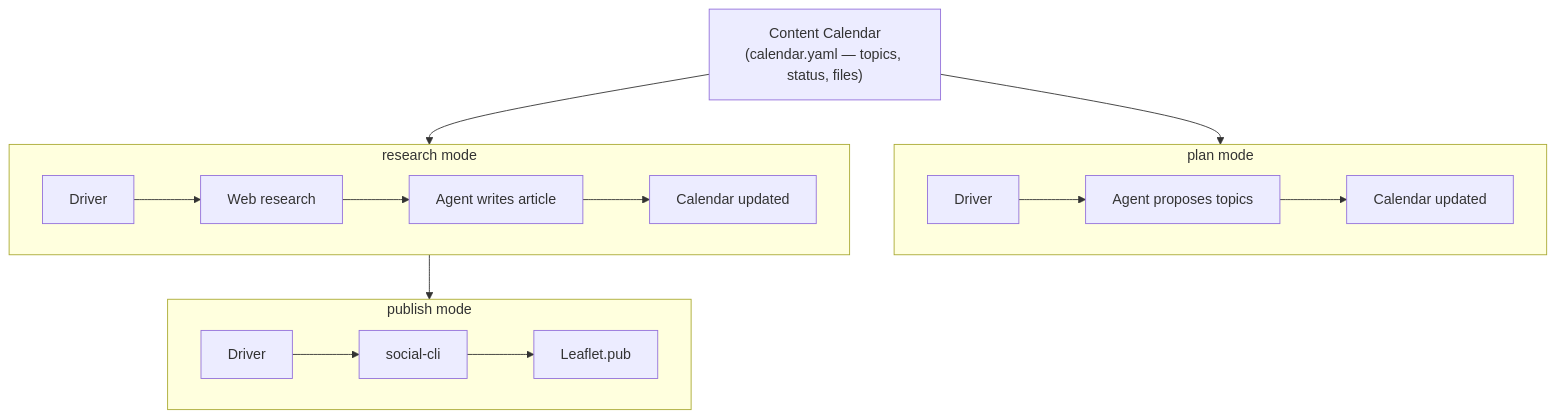
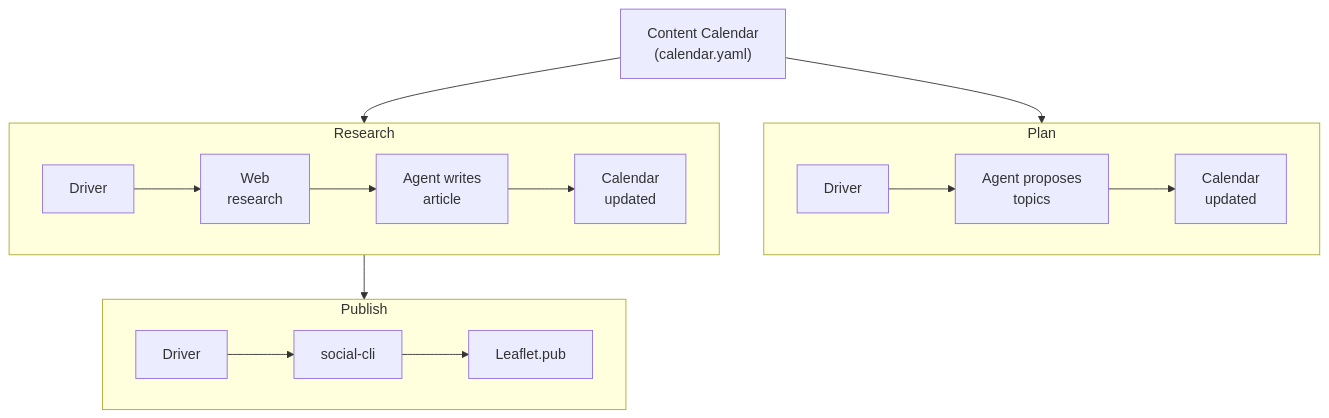
One commit to greedychipmunk/algodojo-xyz changed the diagram in src/content/tutorials/letta-leaflet-blog-manager.mdx. Above: the diagram before and after it, drawn with Mermaid.

Commit message:
fix(tutorials): improve architecture diagram legibility in blog manager
Remove direction LR from subgraphs so nodes flow top-down (the
default). The horizontal layout was producing a very wide diagram
that got scaled down, making the text too small to read. Also
shorten node labels and use line breaks to keep nodes compact.

👾 Generated with [Letta Code](https://letta.com)

````diff
--- a/src/content/tutorials/letta-leaflet-blog-manager.mdx
+++ b/src/content/tutorials/letta-leaflet-blog-manager.mdx
@@ -39,27 +39,24 @@
 ```mermaid
 flowchart TD
-    CC["Content Calendar<br/>(calendar.yaml — topics, status, files)"]
+    CC["Content Calendar<br/>(calendar.yaml)"]
 
     CC --> PLAN
     CC --> RESEARCH
     RESEARCH --> PUBLISH
 
-    subgraph PLAN ["plan mode"]
-        direction LR
-        P1["Driver"] --> P2["Agent proposes topics"]
-        P2 --> P3["Calendar updated"]
+    subgraph PLAN ["Plan"]
+        P1["Driver"] --> P2["Agent proposes<br/>topics"]
+        P2 --> P3["Calendar<br/>updated"]
     end
 
-    subgraph RESEARCH ["research mode"]
-        direction LR
-        R1["Driver"] --> R2["Web research"]
-        R2 --> R3["Agent writes article"]
-        R3 --> R4["Calendar updated"]
+    subgraph RESEARCH ["Research"]
+        R1["Driver"] --> R2["Web<br/>research"]
+        R2 --> R3["Agent writes<br/>article"]
+        R3 --> R4["Calendar<br/>updated"]
     end
 
-    subgraph PUBLISH ["publish mode"]
-        direction LR
+    subgraph PUBLISH ["Publish"]
         PU1["Driver"] --> PU2["social-cli"]
         PU2 --> PU3["Leaflet.pub"]
     end
 ```
````
